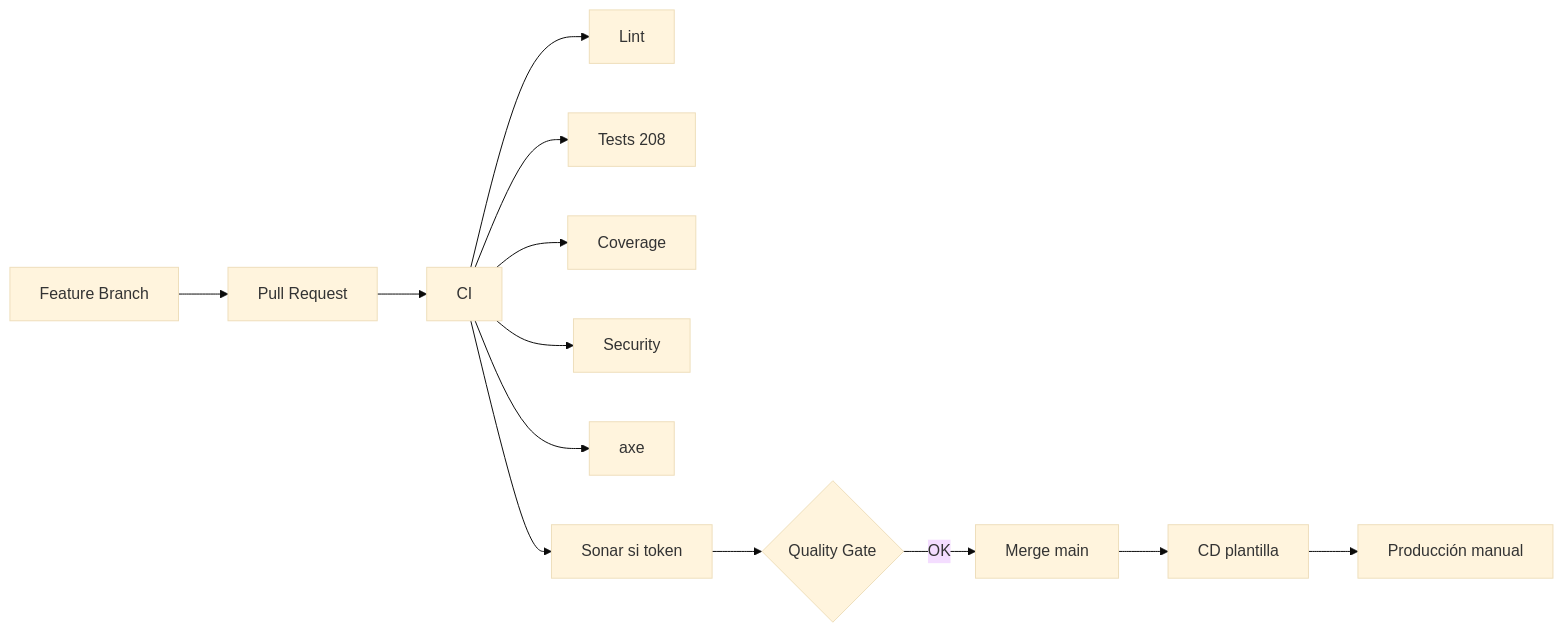
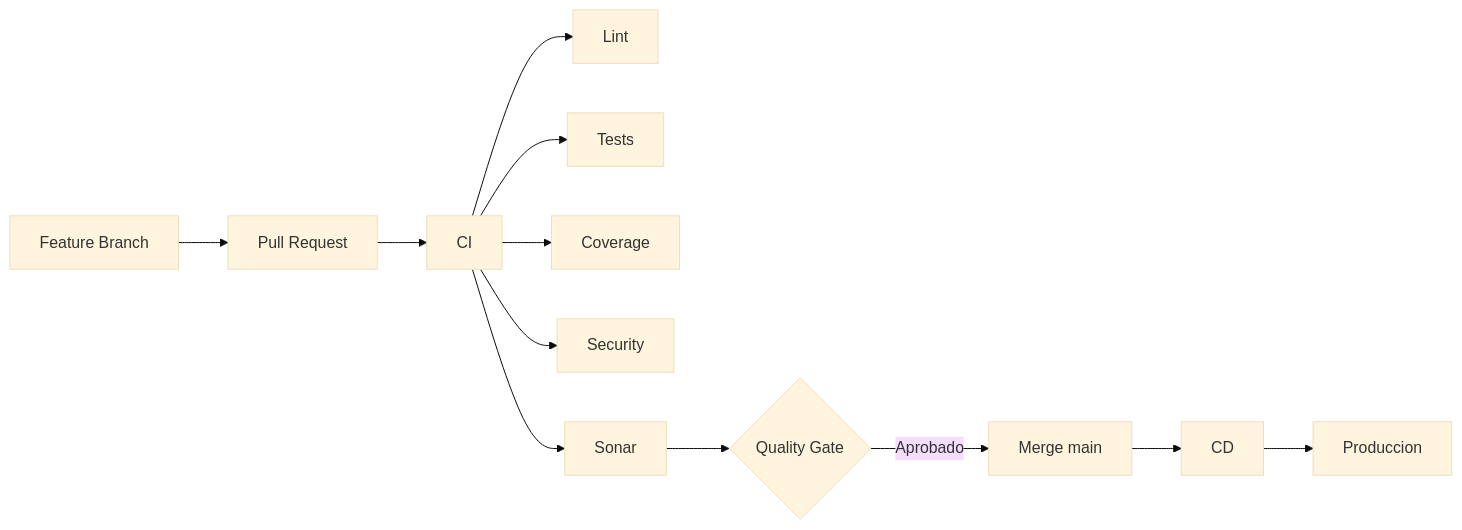
Before and after one commit to alemirella/Tproyectos_cod: the seventh of 7 diagrams in docs/INFORME_TECNICO_INTEGRAL_7_2.md, drawn with Mermaid (base theme). The commit also changed other lines of this file, not shown here.

````diff
--- a/docs/INFORME_TECNICO_INTEGRAL_7_2.md
+++ b/docs/INFORME_TECNICO_INTEGRAL_7_2.md
@@ -218,15 +375,14 @@
 ```mermaid
 flowchart LR
     DEV[Feature Branch] --> PR[Pull Request]
     PR --> CI[CI]
     CI --> L[Lint]
-    CI --> T[Tests 208]
+    CI --> T[Tests]
     CI --> C[Coverage]
     CI --> S[Security]
-    CI --> A11y[axe]
-    CI --> Q[Sonar si token]
+    CI --> Q[Sonar]
     Q --> G{Quality Gate}
-    G -->|OK| M[Merge main]
-    M --> CD[CD plantilla]
-    CD --> DEPLOY[Producción manual]
+    G -->|Aprobado| M[Merge main]
+    M --> CD[CD]
+    CD --> DEPLOY[Produccion]
 ```
````
